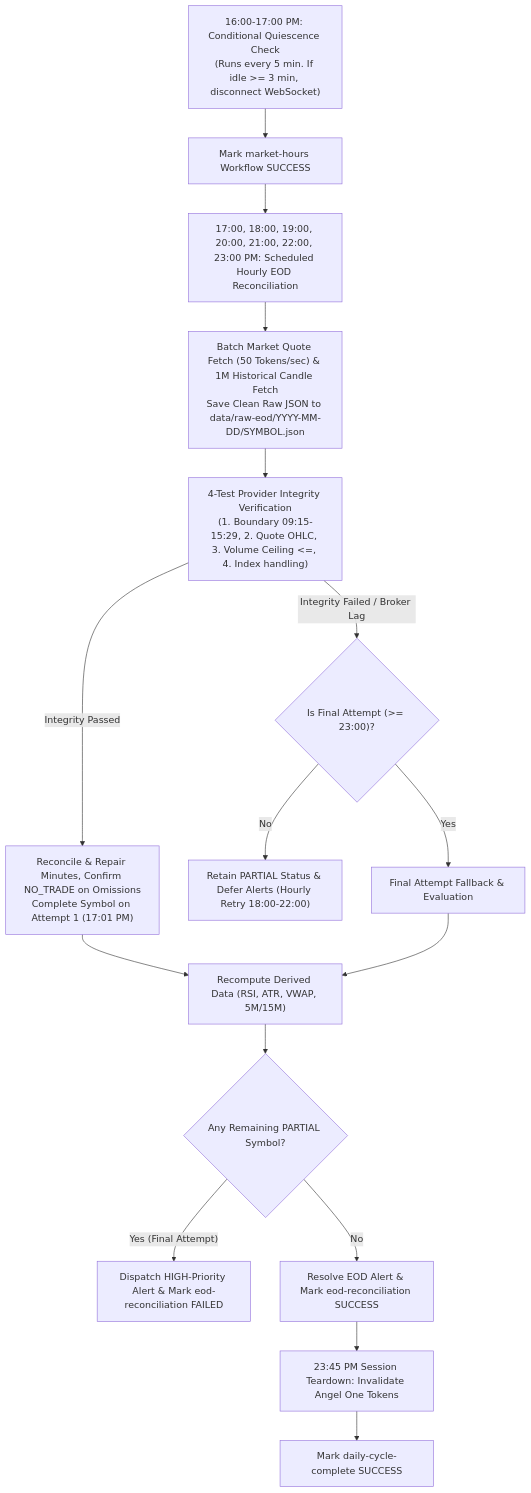
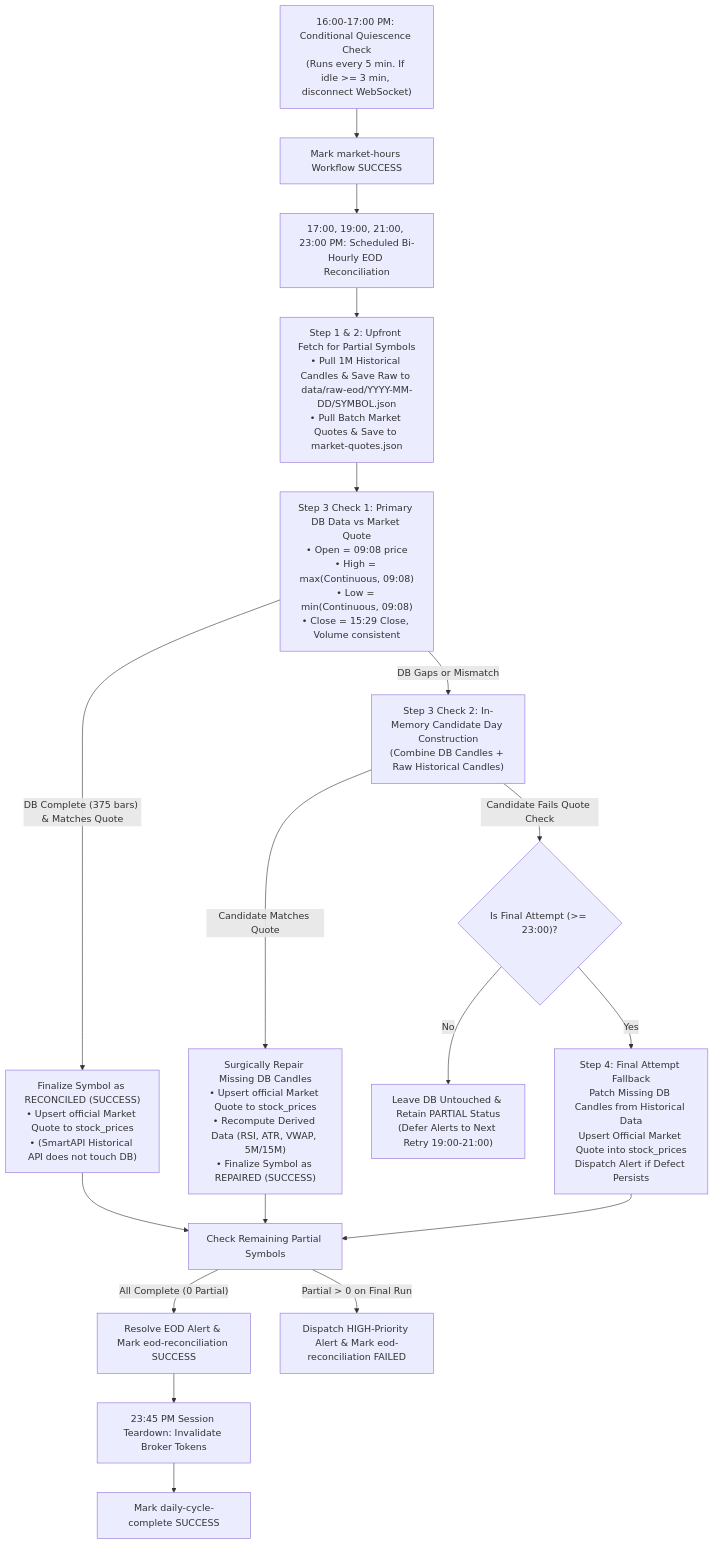
The third of 3 diagrams in project_workflow.md (Nanivenky03/market-scanner), drawn with Mermaid before and after one commit. The commit also changed other lines of this file and 23 other files, not shown here.

Commit message:
some more final changes/fixes observed on app run

````diff
--- a/project_workflow.md
+++ b/project_workflow.md
@@ -191,18 +192,20 @@
 ```mermaid
 flowchart TD
     A["16:00-17:00 PM: Conditional Quiescence Check<br/>(Runs every 5 min. If idle >= 3 min, disconnect WebSocket)"] --> B["Mark market-hours Workflow SUCCESS"]
-    B --> C["17:00, 18:00, 19:00, 20:00, 21:00, 22:00, 23:00 PM: Scheduled Hourly EOD Reconciliation"]
-    C --> D["Batch Market Quote Fetch (50 Tokens/sec) & 1M Historical Candle Fetch<br/>Save Clean Raw JSON to data/raw-eod/YYYY-MM-DD/SYMBOL.json"]
-    D --> E["4-Test Provider Integrity Verification<br/>(1. Boundary 09:15-15:29, 2. Quote OHLC, 3. Volume Ceiling <=, 4. Index handling)"]
-    E -- Integrity Passed --> F["Reconcile & Repair Minutes, Confirm NO_TRADE on Omissions<br/>Complete Symbol on Attempt 1 (17:01 PM)"]
-    E -- Integrity Failed / Broker Lag --> G{"Is Final Attempt (>= 23:00)?"}
-    G -- No --> H["Retain PARTIAL Status & Defer Alerts (Hourly Retry 18:00-22:00)"]
-    G -- Yes --> I["Final Attempt Fallback & Evaluation"]
-    F --> J["Recompute Derived Data (RSI, ATR, VWAP, 5M/15M)"]
-    I --> J
-    J --> K{"Any Remaining PARTIAL Symbol?"}
-    K -- Yes (Final Attempt) --> L["Dispatch HIGH-Priority Alert & Mark eod-reconciliation FAILED"]
-    K -- No --> M["Resolve EOD Alert & Mark eod-reconciliation SUCCESS"]
-    M --> N["23:45 PM Session Teardown: Invalidate Angel One Tokens"]
-    N --> O["Mark daily-cycle-complete SUCCESS"]
+    B --> C["17:00, 19:00, 21:00, 23:00 PM: Scheduled Bi-Hourly EOD Reconciliation"]
+    C --> D["Step 1 & 2: Upfront Fetch for Partial Symbols<br/>• Pull 1M Historical Candles & Save Raw to data/raw-eod/YYYY-MM-DD/SYMBOL.json<br/>• Pull Batch Market Quotes & Save to market-quotes.json"]
+    D --> E["Step 3 Check 1: Primary DB Data vs Market Quote<br/>• Open = 09:08 price<br/>• High = max(Continuous, 09:08)<br/>• Low = min(Continuous, 09:08)<br/>• Close = 15:29 Close, Volume consistent"]
+    E -- DB Complete (375 bars) & Matches Quote --> F["Finalize Symbol as RECONCILED (SUCCESS)<br/>• Upsert official Market Quote to stock_prices<br/>• (SmartAPI Historical API does not touch DB)"]
+    E -- DB Gaps or Mismatch --> G["Step 3 Check 2: In-Memory Candidate Day Construction<br/>(Combine DB Candles + Raw Historical Candles)"]
+    G -- Candidate Matches Quote --> H["Surgically Repair Missing DB Candles<br/>• Upsert official Market Quote to stock_prices<br/>• Recompute Derived Data (RSI, ATR, VWAP, 5M/15M)<br/>• Finalize Symbol as REPAIRED (SUCCESS)"]
+    G -- Candidate Fails Quote Check --> I{"Is Final Attempt (>= 23:00)?"}
+    I -- No --> J["Leave DB Untouched & Retain PARTIAL Status<br/>(Defer Alerts to Next Retry 19:00-21:00)"]
+    I -- Yes --> K["Step 4: Final Attempt Fallback<br/>Patch Missing DB Candles from Historical Data<br/>Upsert Official Market Quote into stock_prices<br/>Dispatch Alert if Defect Persists"]
+    F --> L["Check Remaining Partial Symbols"]
+    H --> L
+    K --> L
+    L -- All Complete (0 Partial) --> M["Resolve EOD Alert & Mark eod-reconciliation SUCCESS"]
+    L -- Partial > 0 on Final Run --> N["Dispatch HIGH-Priority Alert & Mark eod-reconciliation FAILED"]
+    M --> O["23:45 PM Session Teardown: Invalidate Broker Tokens"]
+    O --> P["Mark daily-cycle-complete SUCCESS"]
 ```
````
